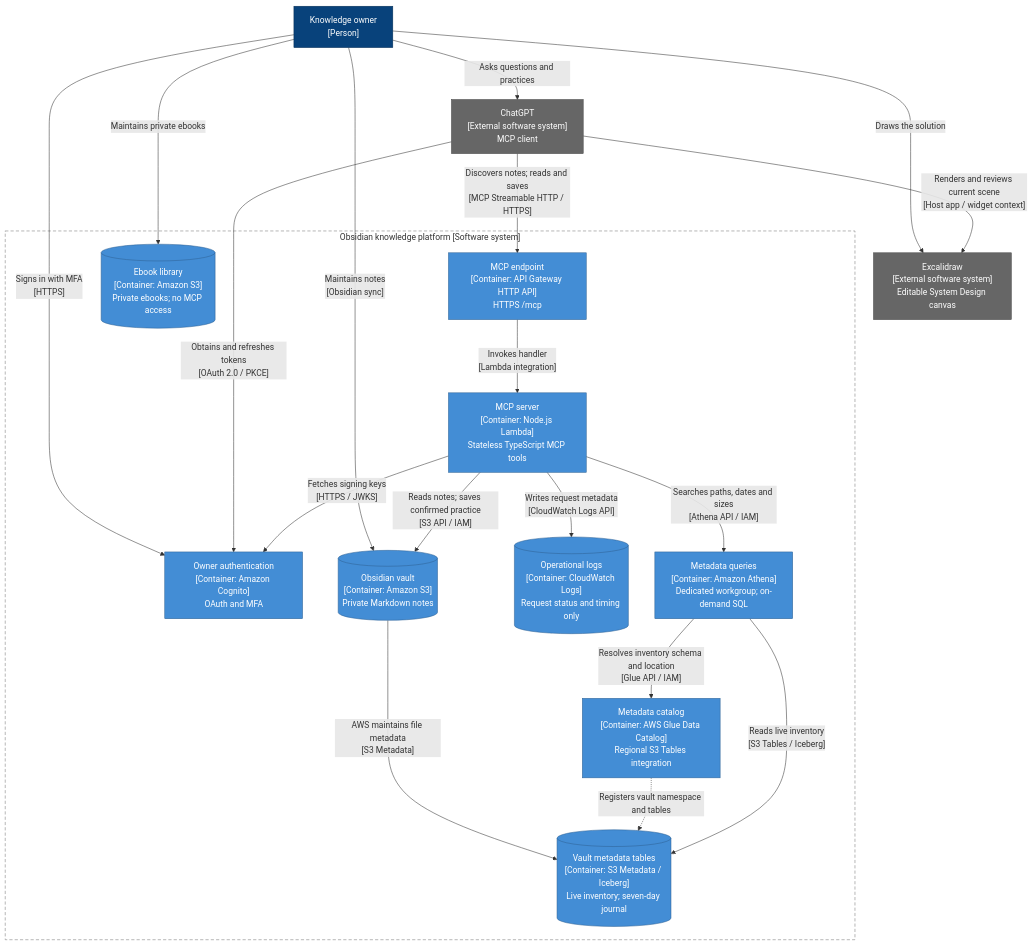
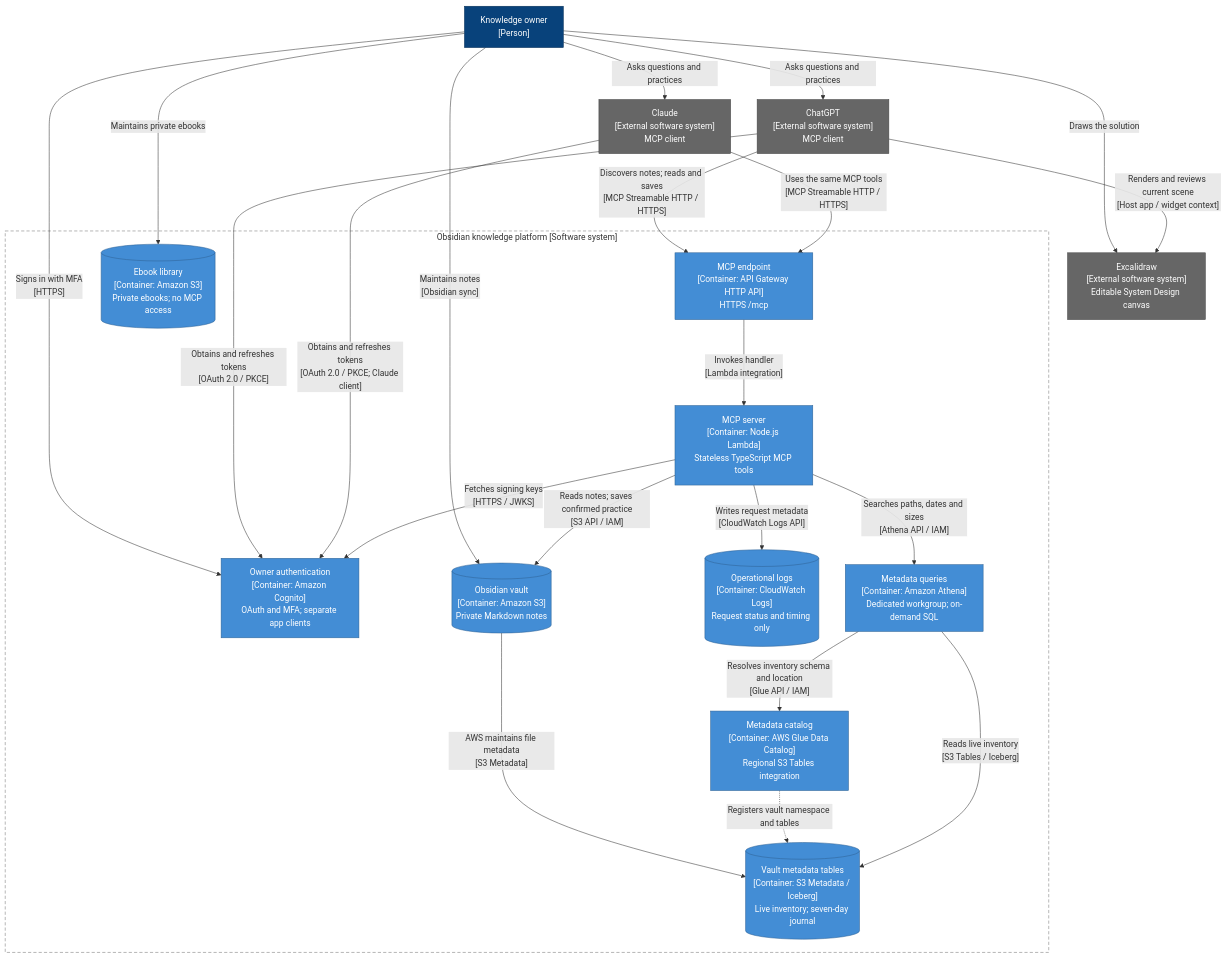
The second of 2 diagrams in README.md (yepengfan/obsidian-workflow-infra), drawn with Mermaid before and after one commit. The commit also changed other lines of this file and 14 other files, not shown here.

Commit message:
feat: add a separate Claude OAuth client

````diff
--- a/README.md
+++ b/README.md
@@ -46,44 +50,48 @@
 ```mermaid
 flowchart TB
     Owner["Knowledge owner<br/>[Person]"]
     ChatGPT["ChatGPT<br/>[External software system]<br/>MCP client"]
+    Claude["Claude<br/>[External software system]<br/>MCP client"]
     Excalidraw["Excalidraw<br/>[External software system]<br/>Editable System Design canvas"]
 
     subgraph Platform["Obsidian knowledge platform [Software system]"]
-        Auth["Owner authentication<br/>[Container: Amazon Cognito]<br/>OAuth and MFA"]
+        Auth["Owner authentication<br/>[Container: Amazon Cognito]<br/>OAuth and MFA; separate app clients"]
         API["MCP endpoint<br/>[Container: API Gateway HTTP API]<br/>HTTPS /mcp"]
         Server["MCP server<br/>[Container: Node.js Lambda]<br/>Stateless TypeScript MCP tools"]
         Vault[("Obsidian vault<br/>[Container: Amazon S3]<br/>Private Markdown notes")]
         Library[("Ebook library<br/>[Container: Amazon S3]<br/>Private ebooks; no MCP access")]
         Logs[("Operational logs<br/>[Container: CloudWatch Logs]<br/>Request status and timing only")]
         Athena["Metadata queries<br/>[Container: Amazon Athena]<br/>Dedicated workgroup; on-demand SQL"]
         Catalog["Metadata catalog<br/>[Container: AWS Glue Data Catalog]<br/>Regional S3 Tables integration"]
         Inventory[("Vault metadata tables<br/>[Container: S3 Metadata / Iceberg]<br/>Live inventory; seven-day journal")]
     end
 
     Owner -->|"Asks questions and practices"| ChatGPT
+    Owner -->|"Asks questions and practices"| Claude
     Owner -->|"Draws the solution"| Excalidraw
     ChatGPT -->|"Renders and reviews current scene<br/>[Host app / widget context]"| Excalidraw
     Owner -->|"Signs in with MFA<br/>[HTTPS]"| Auth
     Owner -->|"Maintains notes<br/>[Obsidian sync]"| Vault
     Owner -->|"Maintains private ebooks"| Library
     ChatGPT -->|"Obtains and refreshes tokens<br/>[OAuth 2.0 / PKCE]"| Auth
     ChatGPT -->|"Discovers notes; reads and saves<br/>[MCP Streamable HTTP / HTTPS]"| API
+    Claude -->|"Obtains and refreshes tokens<br/>[OAuth 2.0 / PKCE; Claude client]"| Auth
+    Claude -->|"Uses the same MCP tools<br/>[MCP Streamable HTTP / HTTPS]"| API
     API -->|"Invokes handler<br/>[Lambda integration]"| Server
     Server -->|"Fetches signing keys<br/>[HTTPS / JWKS]"| Auth
     Server -->|"Reads notes; saves confirmed practice<br/>[S3 API / IAM]"| Vault
     Server -->|"Writes request metadata<br/>[CloudWatch Logs API]"| Logs
     Vault -->|"AWS maintains file metadata<br/>[S3 Metadata]"| Inventory
     Server -->|"Searches paths, dates and sizes<br/>[Athena API / IAM]"| Athena
     Athena -->|"Resolves inventory schema and location<br/>[Glue API / IAM]"| Catalog
     Catalog -.->|"Registers vault namespace and tables"| Inventory
     Athena -->|"Reads live inventory<br/>[S3 Tables / Iceberg]"| Inventory
 
     classDef person fill:#08427b,color:#fff,stroke:#052e56
     classDef external fill:#666,color:#fff,stroke:#444
     classDef container fill:#438dd5,color:#fff,stroke:#2e6295
     class Owner person
-    class ChatGPT,Excalidraw external
+    class ChatGPT,Claude,Excalidraw external
     class Auth,API,Server,Vault,Library,Logs,Athena,Catalog,Inventory container
     style Platform fill:none,stroke:#777,stroke-dasharray:6 4
 ```
````
